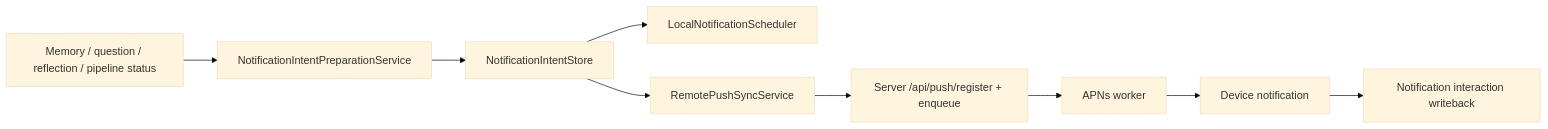
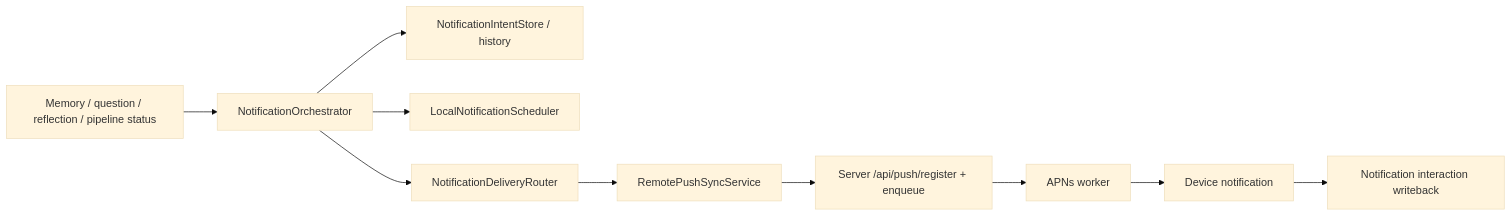
Before and after one commit to daaihang/sprout: the diagram in docs/mory_system_handbook/01_feature_inventory/notifications.md, drawn with Mermaid (base theme). The commit also changed other lines of this file and 57 other files, not shown here.

````diff
--- a/docs/mory_system_handbook/01_feature_inventory/notifications.md
+++ b/docs/mory_system_handbook/01_feature_inventory/notifications.md
@@ -29,11 +29,12 @@
 ```mermaid
 flowchart LR
-    A["Memory / question / reflection / pipeline status"] --> B["NotificationIntentPreparationService"]
-    B --> C["NotificationIntentStore"]
-    C --> D["LocalNotificationScheduler"]
-    C --> E["RemotePushSyncService"]
-    E --> F["Server /api/push/register + enqueue"]
-    F --> G["APNs worker"]
-    G --> H["Device notification"]
-    H --> I["Notification interaction writeback"]
+    A["Memory / question / reflection / pipeline status"] --> B["NotificationOrchestrator"]
+    B --> C["NotificationIntentStore / history"]
+    B --> D["LocalNotificationScheduler"]
+    B --> E["NotificationDeliveryRouter"]
+    E --> F["RemotePushSyncService"]
+    F --> G["Server /api/push/register + enqueue"]
+    G --> H["APNs worker"]
+    H --> I["Device notification"]
+    I --> J["Notification interaction writeback"]
 ```
````
